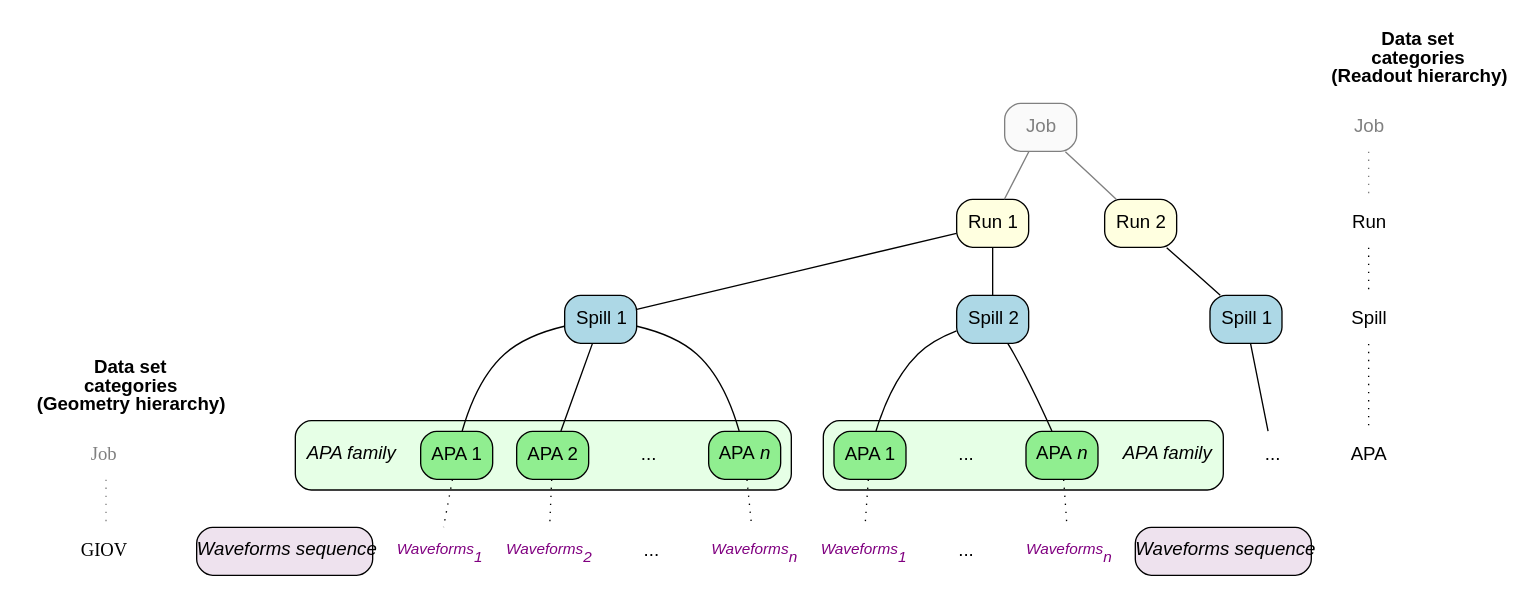
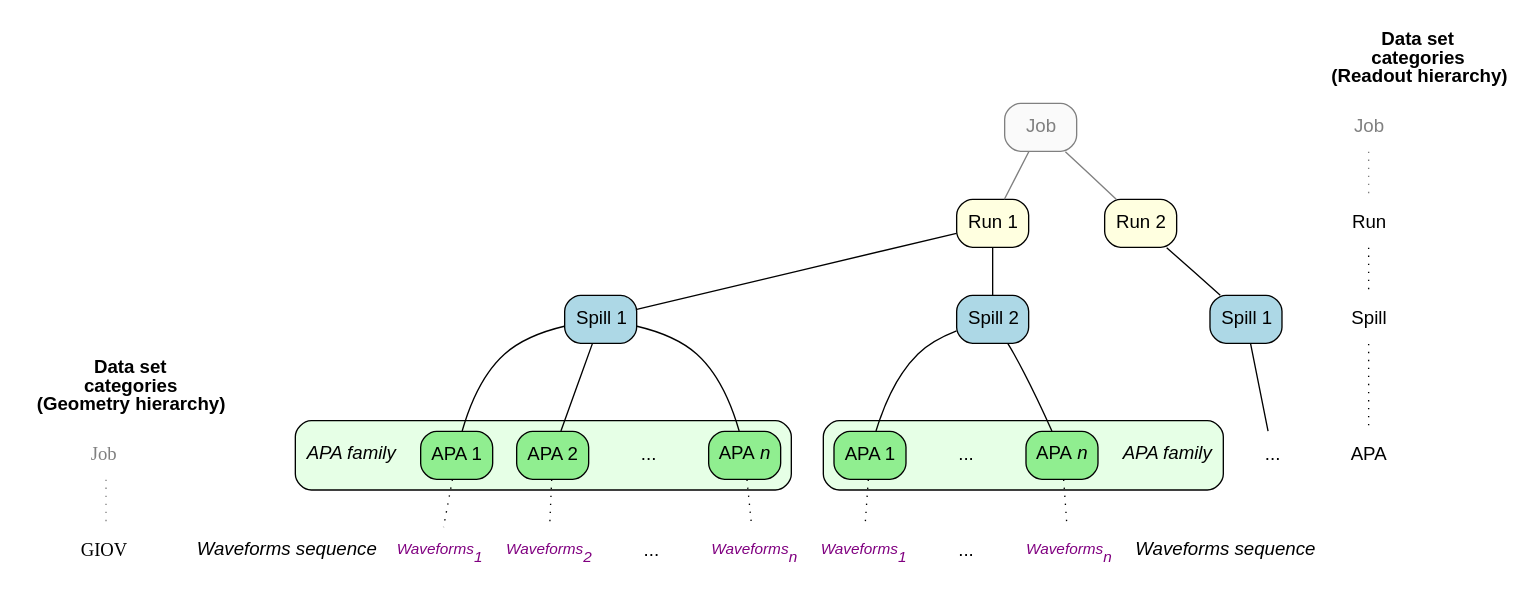
Before and after one commit to Framework-R-D/phlex-design: the diagram in doc/graphviz/data-organization.gv, drawn with Graphviz.

```diff
--- a/doc/graphviz/data-organization.gv
+++ b/doc/graphviz/data-organization.gv
@@ -1,113 +1,107 @@
 digraph {
   fontname="Helvetica,Arial"
   edge [arrowhead="none"]
   node [shape="plaintext" style="rounded" margin="0"]
 
   // cluster_giov_categories at the top for leftmost placement
   subgraph cluster_giov_categories {
      label=<<b>Data set<br/>categories<br/>(Geometry hierarchy)</b>>
      color=none
      job_category_2 [label=<Job> fontcolor="gray"]
      giov_category [label=<GIOV>]
      job_category_2 -> giov_category [style="dotted" color="gray"]
   }
 
   node [shape="plaintext" fontname="Helvetica,Arial"]
   node [shape="box" style="filled,rounded"]
   job [label=<Job> fillcolor="gray98" fontcolor="gray" color="gray"]
   run1 [label=<Run 1> fillcolor="lightyellow"]
   run2 [label=<Run 2> fillcolor="lightyellow"]
   spill1 [label=<Spill 1> fillcolor="lightblue"]
   spill2 [label=<Spill 2> fillcolor="lightblue"]
   spill3 [label=<Spill 1> fillcolor="lightblue"]
   apa3 [label="..." shape="plaintext" margin=0 style="rounded"]
   job -> {run1 run2} [color=gray]
   run1 -> {spill1 spill2}
   run2 -> spill3
   spill3 -> apa3
 
   node [style="rounded,filled" fillcolor="lightgreen"]
   subgraph cluster_apa_family_1 {
      style="filled,rounded"
      fillcolor="#e6ffe6"
      family_label_1 [label=<<i>APA family</i>> shape="plaintext" margin=0 style="rounded"]
      apa11 [label=<APA 1>]
      apa12 [label=<APA 2>]
      apa1Dots [label="..." shape="plaintext" margin=0 style="rounded"]
      apa1N [label=<APA <i>n</i>>]
   }
   spill1 -> family_label_1 [style=invis]
   spill1 -> apa11
   spill1 -> apa12
   spill1 -> apa1Dots [style=invis]
   spill1 -> apa1N
 
   subgraph cluster_apa_family_2 {
      style="filled,rounded"
      fillcolor="#e6ffe6"
      apa21 [label=<APA 1>]
      apa2Dots [label="..." shape="plaintext" margin=0 style="rounded"]
      apa2N [label=<APA <i>n</i>>]
      family_label_2 [label=<<i>APA family</i>> shape="plaintext" margin=0 style="rounded"]
   }
   spill2 -> apa21
   spill2 -> apa2Dots [style=invis]
   spill2 -> apa2N
   spill2 -> family_label_2 [style=invis]
 
   // Waveform clusters with explicit margin and border
   node [shape="plaintext" style="rounded" margin="0"]
   subgraph cluster_product_sequence_1 {
      style="filled,rounded"
-     fillcolor="#eee2ee" // Light purple background
-     color="purple" // Purple border
-     penwidth=2 // Thicker border for visibility
-     margin=10 // Ensure space for fillcolor
-     sequence_label_1 [label=<<i>Waveforms sequence</i>> shape="box" style="filled,rounded" fillcolor="#eee2ee" fontname="Helvetica,Arial"]
+     fillcolor="#eee2ee"
+     sequence_label_1 [label=<<i>Waveforms sequence</i>> shape="plaintext" margin=0 style="rounded" fontname="Helvetica,Arial"]
      t11 [label=<<i>Waveforms<sub>1</sub></i>> fontsize=11.5 fontcolor="purple"]
      t12 [label=<<i>Waveforms<sub>2</sub></i>> fontsize=11.5 fontcolor="purple"]
      t1Dots [label="..." shape="plaintext" margin=0 style="rounded" fontname="Helvetica,Arial"]
      t1N [label=<<i>Waveforms<sub>n</sub></i>> fontsize=11.5 fontcolor="purple"]
   }
   edge [style=dotted]
   family_label_1 -> sequence_label_1 [style=invis]
   apa11 -> t11
   apa12 -> t12
   apa1Dots -> t1Dots [style=invis]
   apa1N -> t1N
 
   subgraph cluster_product_sequence_2 {
      style="filled,rounded"
-     fillcolor="#eee2ee" // Light purple background
-     color="purple" // Purple border
-     penwidth=2 // Thicker border for visibility
-     margin=10 // Ensure space for fillcolor
-     sequence_label_2 [label=<<i>Waveforms sequence</i>> shape="box" style="filled,rounded" fillcolor="#eee2ee" fontname="Helvetica,Arial"]
-     t21 [label=<<i>Waveforms<sub>1</sub></i>> fontsize=11.5 fontcolor="purple"]
+     fillcolor="#eee2ee"
+	 sequence_label_2 [label=<<i>Waveforms sequence</i>> shape="plaintext" margin=0 style="rounded" fontname="Helvetica,Arial"]
+	 t21 [label=<<i>Waveforms<sub>1</sub></i>> fontsize=11.5 fontcolor="purple"]
      t2Dots [label="..." shape="plaintext" margin=0 style="rounded" fontname="Helvetica,Arial"]
      t2N [label=<<i>Waveforms<sub>n</sub></i>> fontsize=11.5 fontcolor="purple"]
   }
 
   subgraph cluster_readout_categories {
     label=<<b>Data set<br/>categories<br/>(Readout hierarchy)</b>>
     color=none
     job_category [label=<Job> fontcolor="gray"]
     run_category [label=<Run>]
     spill_category [label=<Spill>]
     apa_category [label=<APA>]
     job_category -> run_category [color="gray"]
     run_category -> spill_category -> apa_category
   }
 
   family_label_2 -> sequence_label_2 [style=invis]
   apa21 -> t21
   apa2Dots -> t2Dots [style=invis]
   apa2N -> t2N
 
   // Constraints to place cluster_giov_categories at the far left
   giov_category -> sequence_label_1 [style=invis constraint=false]
   giov_category -> sequence_label_2 [style=invis constraint=false]
   {rank=same; sequence_label_1; t11; t12; t1Dots; t1N}
   {rank=same; sequence_label_2; t21; t2Dots; t2N}
   {rank=same; giov_category; sequence_label_1; sequence_label_2}
 }
```
